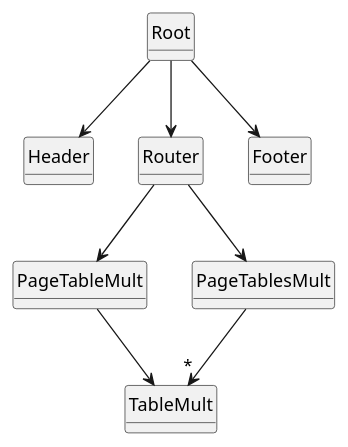
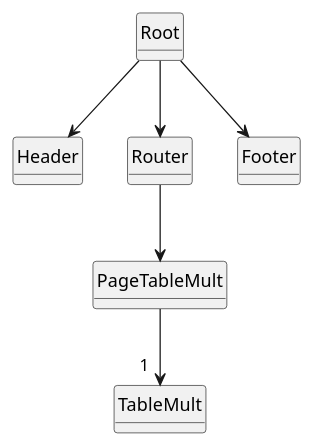
One commit to ldv-melun/sio-slam changed the second of 3 diagrams in sio-slam-frontend/modules/ROOT/pages/_tp2-multiplication.adoc. Above: the diagram before and after it, drawn with PlantUML. The commit also changed other lines of this file, not shown here.

Commit message:
l'étudiant exploite et produit une représenttion de l'arbre hiérarchique diag plantuml

```diff
--- a/sio-slam-frontend/modules/ROOT/pages/_tp2-multiplication.adoc
+++ b/sio-slam-frontend/modules/ROOT/pages/_tp2-multiplication.adoc
@@ -325,25 +311,24 @@
 [plantuml,  format=png]
 ....
 @startuml
 
 class Root
 class Header
 class Router
 class Footer
 
 class TableMult
 class PageTableMult
-class PageTablesMult
+
 
 Root --> Header
 Root --> Router
 Root --> Footer
 Router --> PageTableMult
-Router --> PageTablesMult
-PageTableMult --> TableMult
-PageTablesMult --> "*" TableMult
+
+PageTableMult -->"1  " TableMult
 
 hide circle
 hide method
 @enduml
 ....
```
